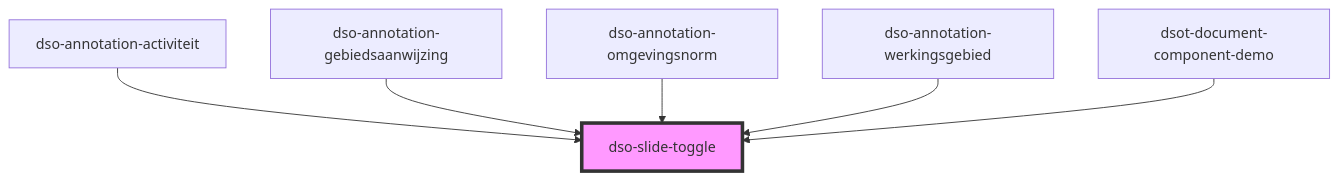
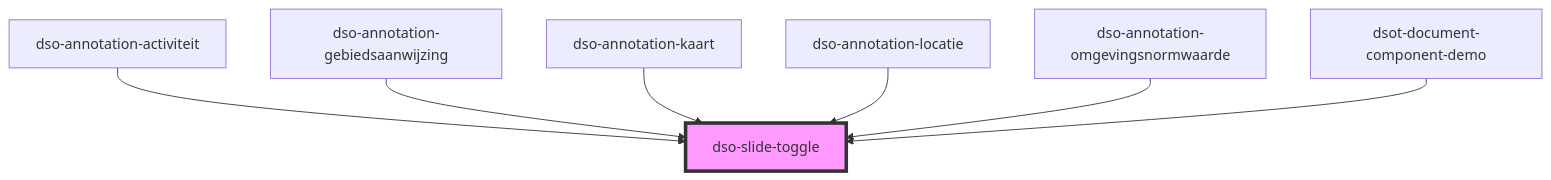
Before and after one commit to dso-toolkit/dso-toolkit: the diagram in packages/core/src/components/slide-toggle/readme.md, drawn with Mermaid. The commit also changed other lines of this file and 44 other files, not shown here.

````diff
--- a/packages/core/src/components/slide-toggle/readme.md
+++ b/packages/core/src/components/slide-toggle/readme.md
@@ -37,9 +38,10 @@
 ```mermaid
 graph TD;
   dso-annotation-activiteit --> dso-slide-toggle
   dso-annotation-gebiedsaanwijzing --> dso-slide-toggle
-  dso-annotation-omgevingsnorm --> dso-slide-toggle
-  dso-annotation-werkingsgebied --> dso-slide-toggle
+  dso-annotation-kaart --> dso-slide-toggle
+  dso-annotation-locatie --> dso-slide-toggle
+  dso-annotation-omgevingsnormwaarde --> dso-slide-toggle
   dsot-document-component-demo --> dso-slide-toggle
   style dso-slide-toggle fill:#f9f,stroke:#333,stroke-width:4px
 ```
````
